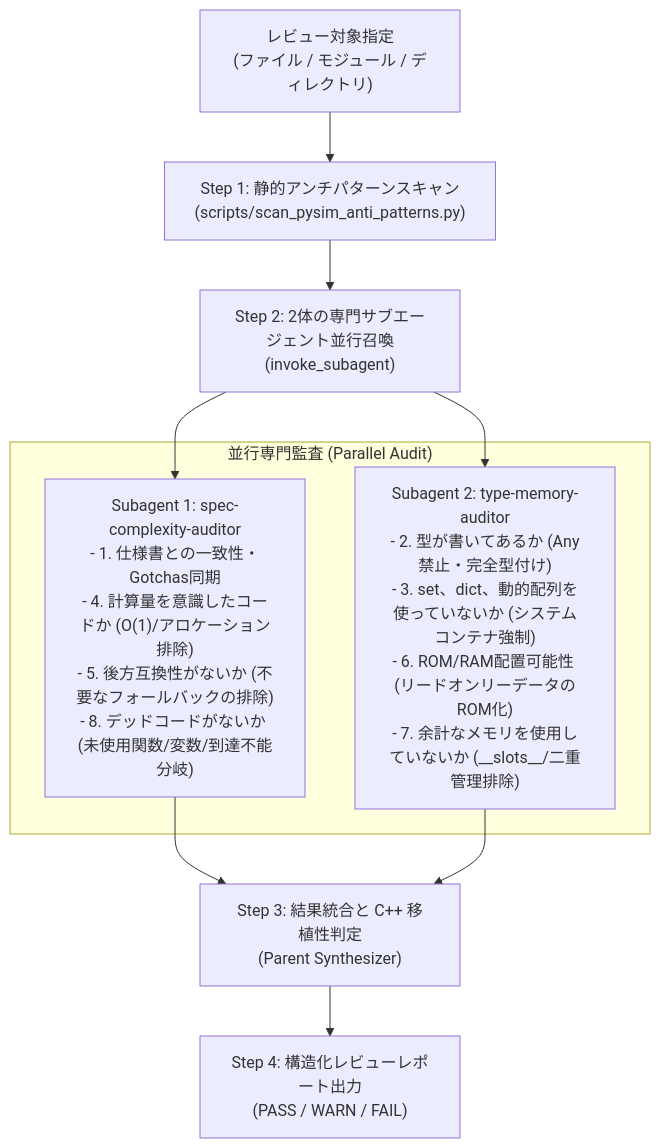
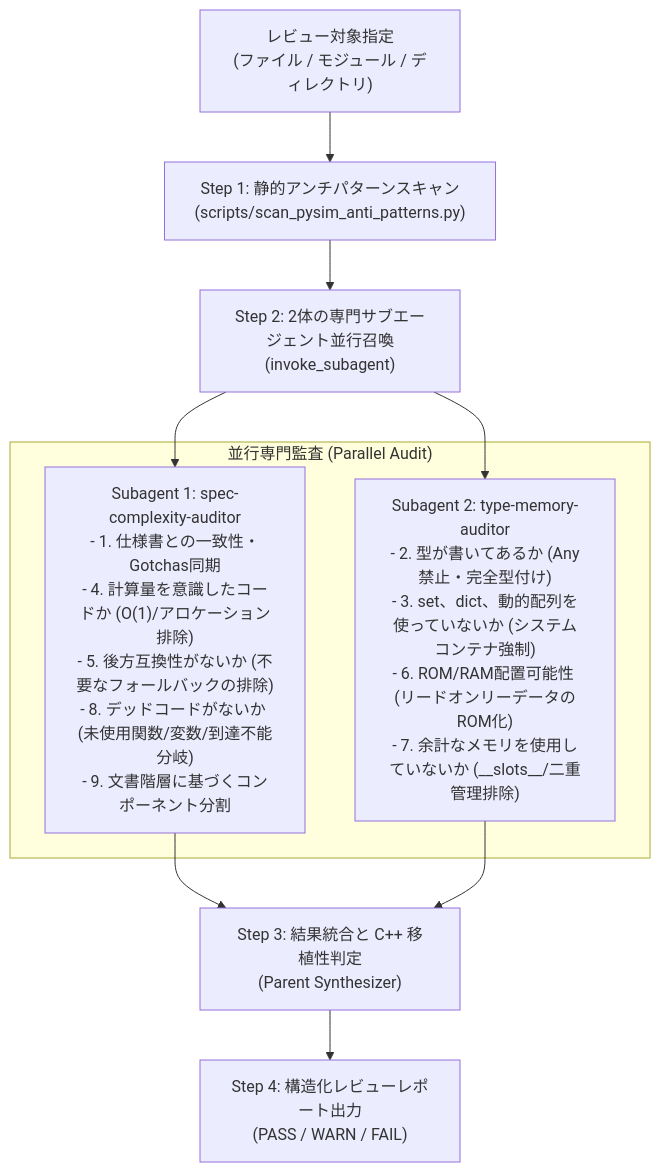
Before and after one commit to kmt-t/fireball: the diagram in .agents/skills/pysim-review/SKILL.md, drawn with Mermaid. The commit also changed other lines of this file and 37 other files, not shown here.

````diff
--- a/.agents/skills/pysim-review/SKILL.md
+++ b/.agents/skills/pysim-review/SKILL.md
@@ -12,16 +12,17 @@
 ```mermaid
 graph TD
     Target["レビュー対象指定<br/>(ファイル / モジュール / ディレクトリ)"] --> Step1["Step 1: 静的アンチパターンスキャン<br/>(scripts/scan_pysim_anti_patterns.py)"]
     Step1 --> Step2["Step 2: 2体の専門サブエージェント並行召喚<br/>(invoke_subagent)"]
 
     subgraph ParallelAudit["並行専門監査 (Parallel Audit)"]
-        A1["Subagent 1: spec-complexity-auditor<br/>- 1. 仕様書との一致性・Gotchas同期<br/>- 4. 計算量を意識したコードか (O(1)/アロケーション排除)<br/>- 5. 後方互換性がないか (不要なフォールバックの排除)<br/>- 8. デッドコードがないか (未使用関数/変数/到達不能分岐)"]
+       A1["Subagent 1: spec-complexity-auditor<br/>- 1. 仕様書との一致性・Gotchas同期<br/>- 4. 計算量を意識したコードか (O(1)/アロケーション排除)<br/>- 5. 後方互換性がないか (不要なフォールバックの排除)<br/>- 8. デッドコードがないか (未使用関数/変数/到達不能分岐)"]
+        A1["Subagent 1: spec-complexity-auditor<br/>- 1. 仕様書との一致性・Gotchas同期<br/>- 4. 計算量を意識したコードか (O(1)/アロケーション排除)<br/>- 5. 後方互換性がないか (不要なフォールバックの排除)<br/>- 8. デッドコードがないか (未使用関数/変数/到達不能分岐)<br/>- 9. 文書階層に基づくコンポーネント分割"]
         A2["Subagent 2: type-memory-auditor<br/>- 2. 型が書いてあるか (Any禁止・完全型付け)<br/>- 3. set、dict、動的配列を使っていないか (システムコンテナ強制)<br/>- 6. ROM/RAM配置可能性 (リードオンリーデータのROM化)<br/>- 7. 余計なメモリを使用していないか (__slots__/二重管理排除)"]
     end
 
     Step2 --> A1
     Step2 --> A2
     A1 --> Step3["Step 3: 結果統合と C++ 移植性判定<br/>(Parent Synthesizer)"]
     A2 --> Step3
     Step3 --> Output["Step 4: 構造化レビューレポート出力<br/>(PASS / WARN / FAIL)"]
 ```
````
